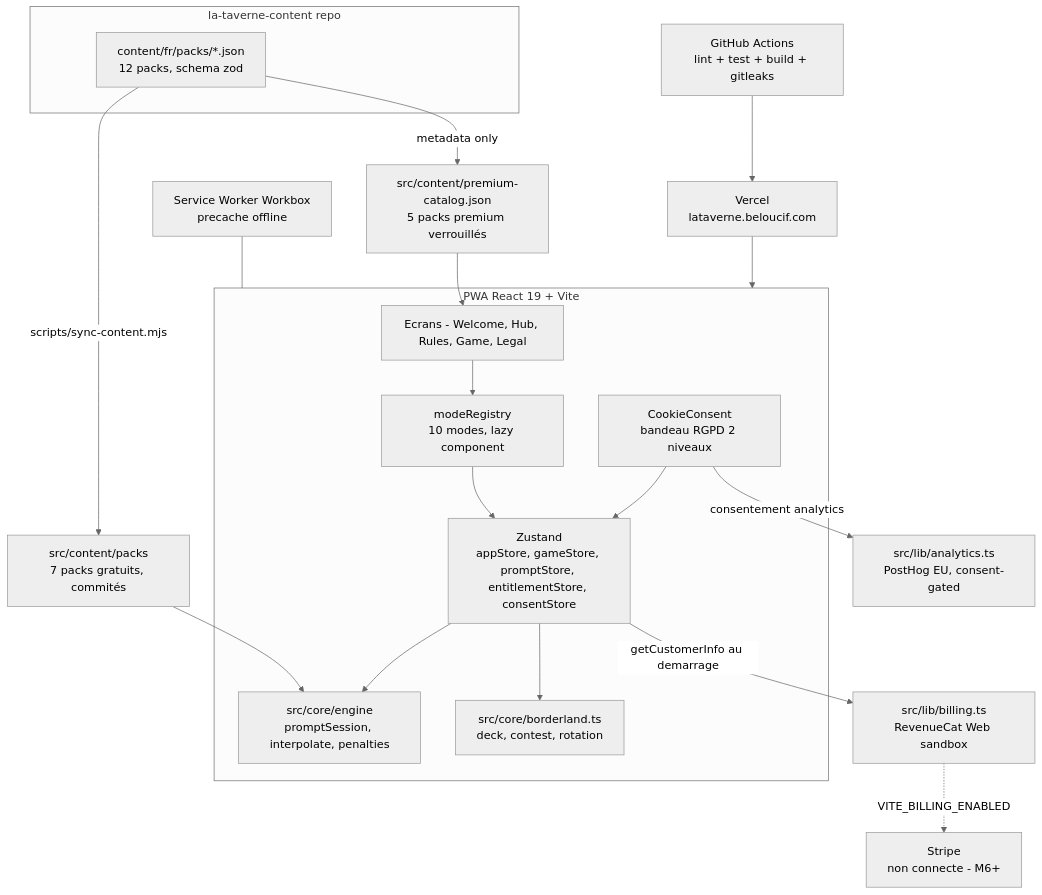
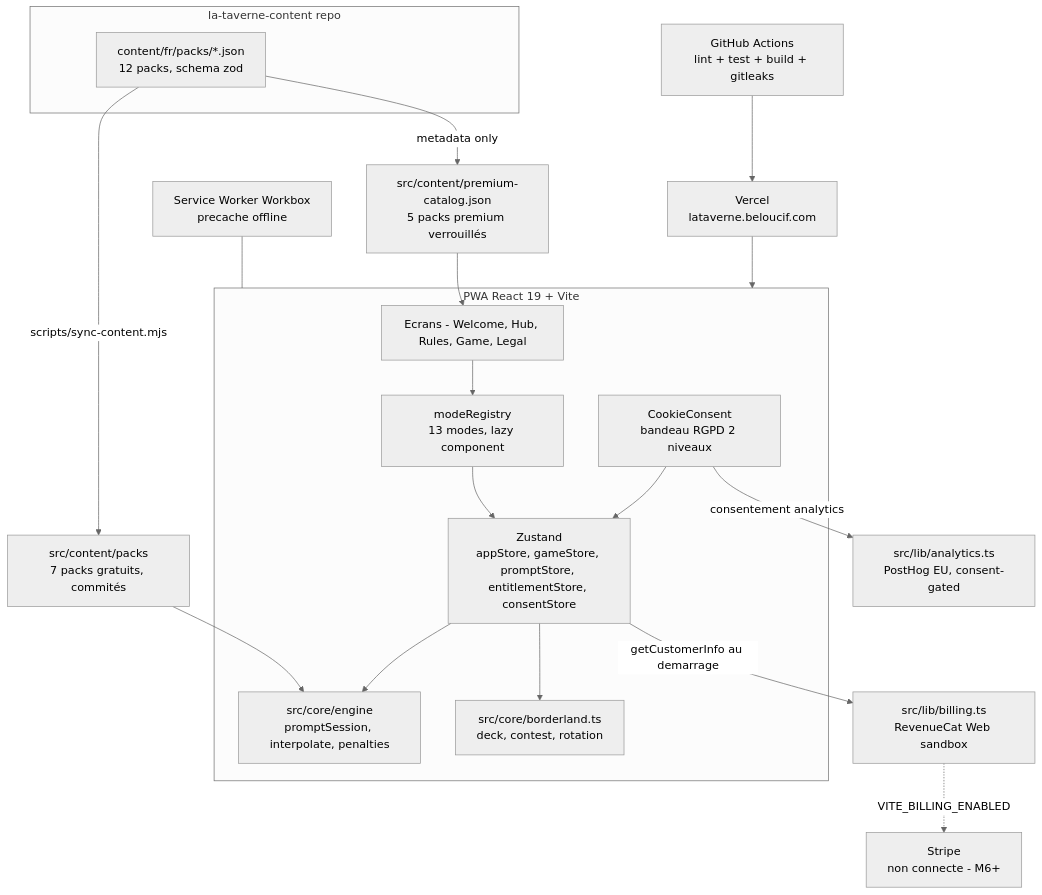
One commit to Adam-Blf/bacchana changed the diagram in README.md. Above: the diagram before and after it, drawn with Mermaid (neutral theme). The commit also changed other lines of this file and 3 other files, not shown here.

````diff
--- a/README.md
+++ b/README.md
@@ -123,30 +123,30 @@
 ```mermaid
 flowchart TD
     subgraph Content [la-taverne-content repo]
         Packs[content/fr/packs/*.json\n12 packs, schema zod]
     end
     Packs -->|scripts/sync-content.mjs| Free[src/content/packs\n7 packs gratuits, commités]
     Packs -->|metadata only| Catalog[src/content/premium-catalog.json\n5 packs premium verrouillés]
 
     subgraph Client [PWA React 19 + Vite]
         UI[Ecrans - Welcome, Hub, Rules, Game, Legal]
-        Registry[modeRegistry\n10 modes, lazy component]
+        Registry[modeRegistry\n13 modes, lazy component]
         Engine[src/core/engine\npromptSession, interpolate, penalties]
         Core[src/core/borderland.ts\ndeck, contest, rotation]
         Stores[Zustand\nappStore, gameStore, promptStore, entitlementStore, consentStore]
         Cookie[CookieConsent\nbandeau RGPD 2 niveaux]
         UI --> Registry --> Stores
         Stores --> Engine
         Stores --> Core
         Cookie --> Stores
     end
 
     Free --> Engine
     Catalog --> UI
     Cookie -->|consentement analytics| Analytics[src/lib/analytics.ts\nPostHog EU, consent-gated]
     Stores -->|getCustomerInfo au demarrage| Billing[src/lib/billing.ts\nRevenueCat Web sandbox]
     Billing -.->|VITE_BILLING_ENABLED| Stripe[Stripe\nnon connecte - M6+]
     SW[Service Worker Workbox\nprecache offline] --- Client
     Vercel[Vercel\nlataverne.beloucif.com] --> Client
     CI[GitHub Actions\nlint + test + build + gitleaks] --> Vercel
 ```
````
